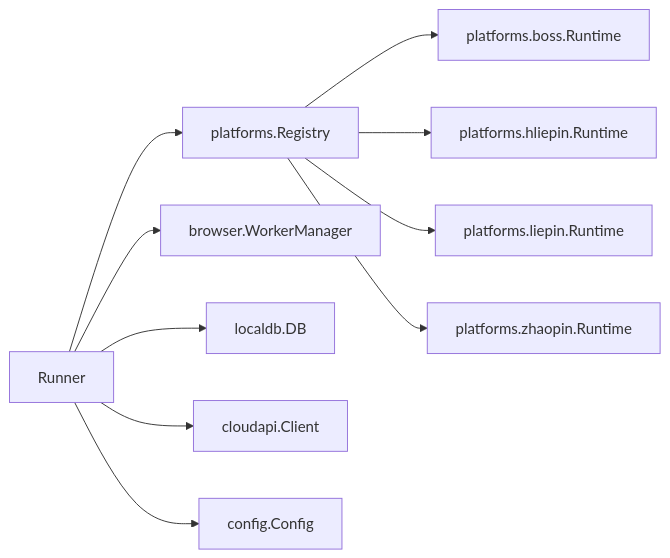
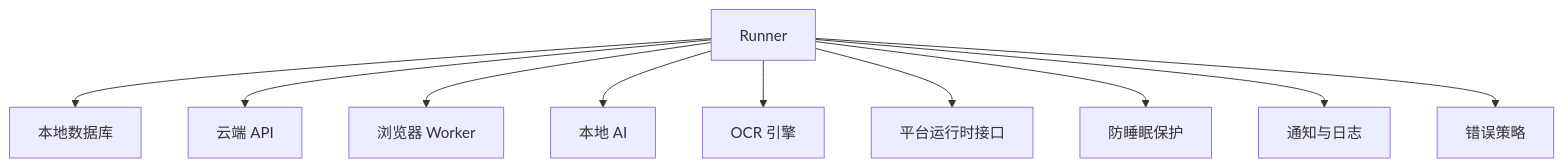
One commit to alvinwangzi/goodhr changed the tenth of 10 diagrams in .qoder/repowiki/zh/content/系统架构/本地Agent架构/任务调度器.md. Above: the diagram before and after it, drawn with Mermaid. The commit also changed other lines of this file and 149 other files, not shown here.

````diff
--- a/.qoder/repowiki/zh/content/系统架构/本地Agent架构/任务调度器.md
+++ b/.qoder/repowiki/zh/content/系统架构/本地Agent架构/任务调度器.md
@@ -289,12 +432,12 @@
 ```mermaid
-graph LR
-Runner["Runner"] --> Registry["platforms.Registry"]
-Runner --> Worker["browser.WorkerManager"]
-Runner --> DB["localdb.DB"]
-Runner --> Cloud["cloudapi.Client"]
-Runner --> Config["config.Config"]
-Registry --> Boss["platforms.boss.Runtime"]
-Registry --> Hliepin["platforms.hliepin.Runtime"]
-Registry --> Liepin["platforms.liepin.Runtime"]
-Registry --> Zhaopin["platforms.zhaopin.Runtime"]
+graph TB
+Runner --> LocalDB["本地数据库"]
+Runner --> CloudAPI["云端 API"]
+Runner --> BrowserWorker["浏览器 Worker"]
+Runner --> LocalAI["本地 AI"]
+Runner --> OCR["OCR 引擎"]
+Runner --> PlatformCore["平台运行时接口"]
+Runner --> Power["防睡眠保护"]
+Runner --> Notification["通知与日志"]
+Runner --> ErrorPolicy["错误策略"]
 ```
````
